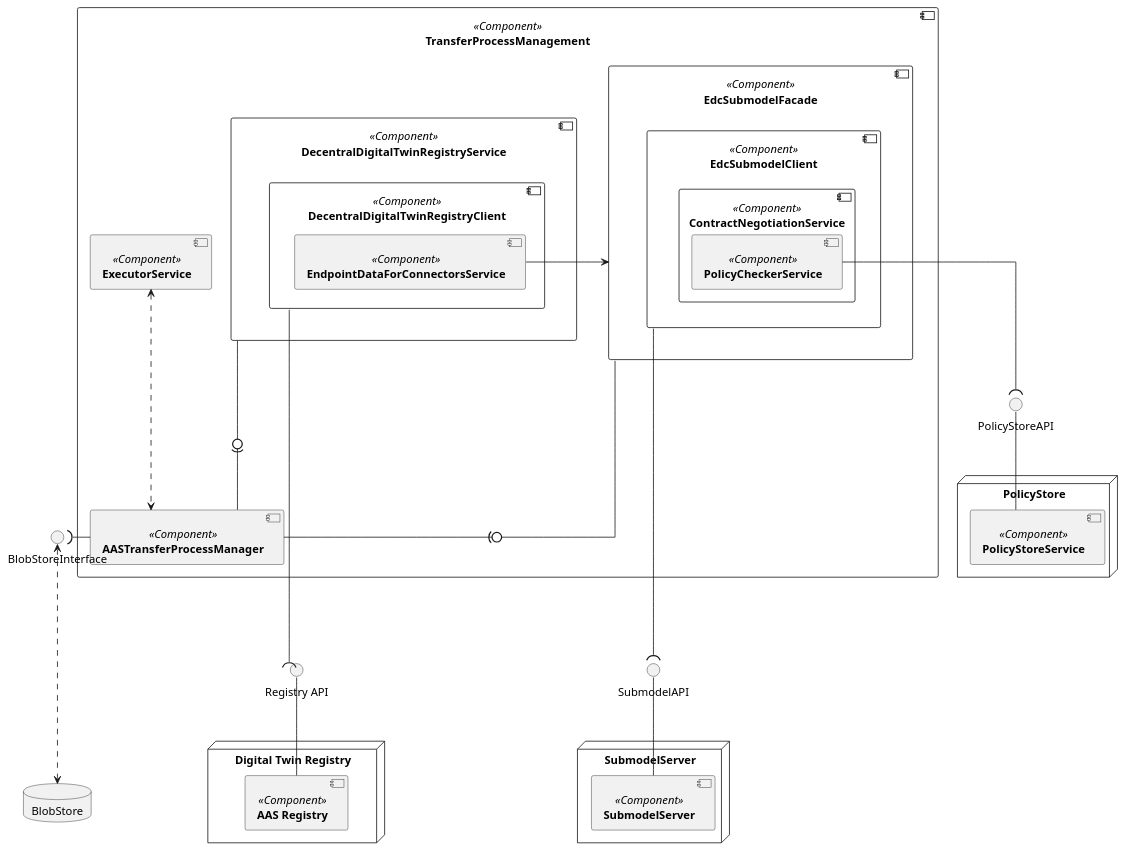
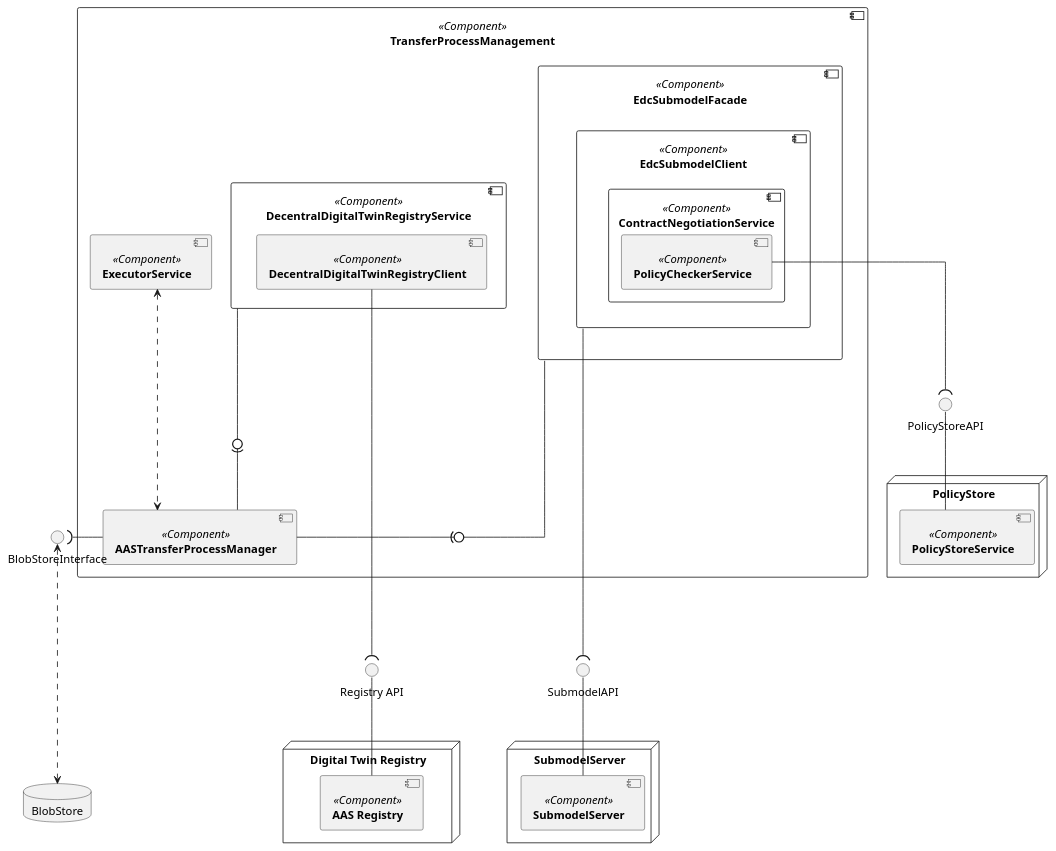
The diagram in docs/src/uml-diagrams/building-block-view/level-2-int-transfer-process-management.puml (eclipse-tractusx/item-relationship-service), drawn with PlantUML before and after one commit. The commit also changed 1 other file, not shown here.

```diff
--- a/docs/src/uml-diagrams/building-block-view/level-2-int-transfer-process-management.puml
+++ b/docs/src/uml-diagrams/building-block-view/level-2-int-transfer-process-management.puml
@@ -1,59 +1,56 @@
 @startuml
 skinparam monochrome true
 skinparam shadowing false
 skinparam nodesep 10
 skinparam ranksep 100
 skinparam linetype ortho
 skinparam defaultFontName "Architects daughter"
 
 
 component [**TransferProcessManagement**] <<Component>> as TransferProcessManagement {
     component [**AASTransferProcessManager**] <<Component>> as TransferProcessManager
     component [**DecentralDigitalTwinRegistryService**] <<Component>> as DTRService {
-        component [**DecentralDigitalTwinRegistryClient**] <<Component>> as DTRClient {
-            component [**EndpointDataForConnectorsService**] <<Component>> as EndpointDataForConnectorsService
-        }
+        component [**DecentralDigitalTwinRegistryClient**] <<Component>> as DTRClient
     }
     component [**EdcSubmodelFacade**] <<Component>> as SubmodelFacade {
         component [**EdcSubmodelClient**] <<Component>> as SubmodelClient {
             component [**ContractNegotiationService**]  <<Component>> as ContractNegotiationService {
                 [**PolicyCheckerService**] <<Component>> as PolicyCheckerService
             }
         }
     }
     component [**ExecutorService**] <<Component>> as ExecutorService
 }
 
 node PolicyStore {
     [**PolicyStoreService**] <<Component>> as PolicyStoreService
 }
 
 node "Digital Twin Registry" {
     [**AAS Registry**] <<Component>> as AASR
 }
 
 node "SubmodelServer" {
     [**SubmodelServer**] <<Component>> as SMS
 }
 
 DTRService --0)- TransferProcessManager
 SubmodelFacade --0)- TransferProcessManager
 ExecutorService <...> TransferProcessManager
 
 interface "Registry API" as RegAPI
 RegAPI -- AASR
 DTRClient ----( RegAPI
 
 
 interface "SubmodelAPI" as SMSAPI
 SMSAPI -- SMS
 SubmodelClient ----( SMSAPI
 interface "PolicyStoreAPI" as PolicyStoreAPI
 PolicyCheckerService --(  PolicyStoreAPI
 PolicyStoreAPI -- PolicyStoreService
-EndpointDataForConnectorsService -> SubmodelFacade
 
 database BlobStore
 TransferProcessManager -left-( BlobStoreInterface
 BlobStoreInterface <...> BlobStore
 @enduml
```
